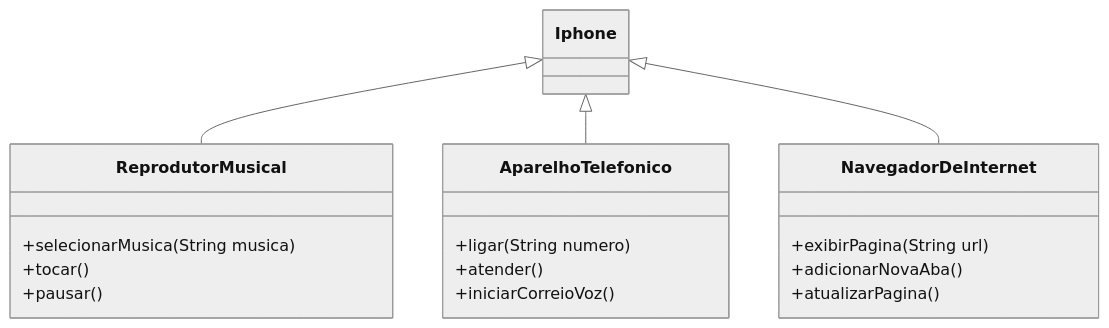
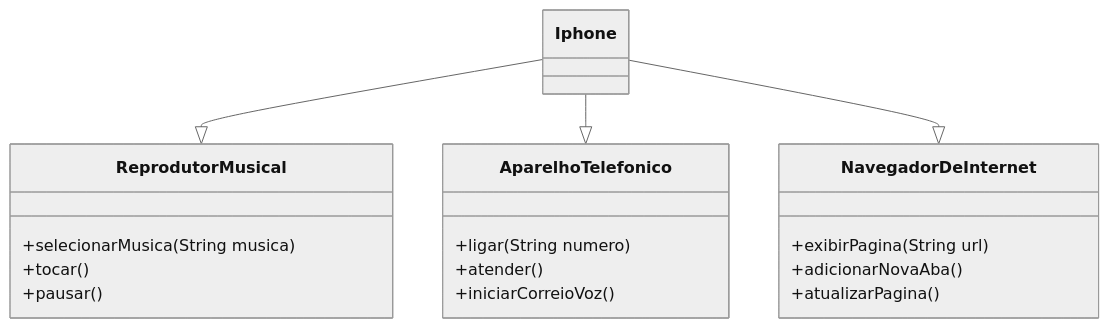
Before and after one commit to BrunooHenrique/dio-trilha-java-basico: the diagram in README.md, drawn with Mermaid (neutral theme).

````diff
--- a/README.md
+++ b/README.md
@@ -4,25 +4,25 @@
 ```mermaid
 classDiagram
-    Iphone <|-- ReprodutorMusical
-    Iphone <|-- AparelhoTelefonico
-    Iphone <|-- NavegadorDeInternet
+    Iphone --|> ReprodutorMusical
+    Iphone --|> AparelhoTelefonico
+    Iphone --|> NavegadorDeInternet
 
  
 
     class ReprodutorMusical{
       +selecionarMusica(String musica)
       +tocar()
       +pausar()
     }
 
     class AparelhoTelefonico{
       +ligar(String numero)
       +atender()
       +iniciarCorreioVoz()
     }
     class NavegadorDeInternet{
       +exibirPagina(String url)
       +adicionarNovaAba()
       +atualizarPagina()
     }
 ```
````
